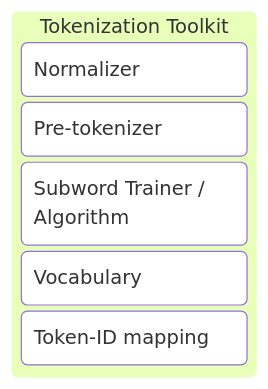
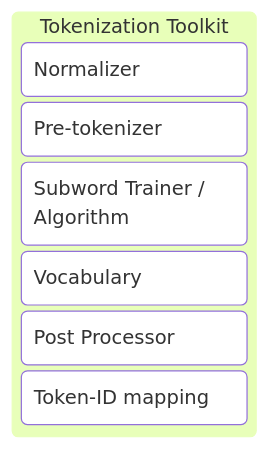
Before and after one commit to ChrisZhu2050/chriszhu2050.github.io: the ninth of 9 diagrams in index.md, drawn with Mermaid.

````diff
--- a/index.md
+++ b/index.md
@@ -246,11 +246,12 @@
     ```mermaid
         kanban
         [Tokenization Toolkit]
             [Normalizer]
             [Pre-tokenizer]
             [Subword Trainer / Algorithm]
             [Vocabulary]
+            [Post Processor]
             [Token-ID mapping]
 
 
     ```
````
